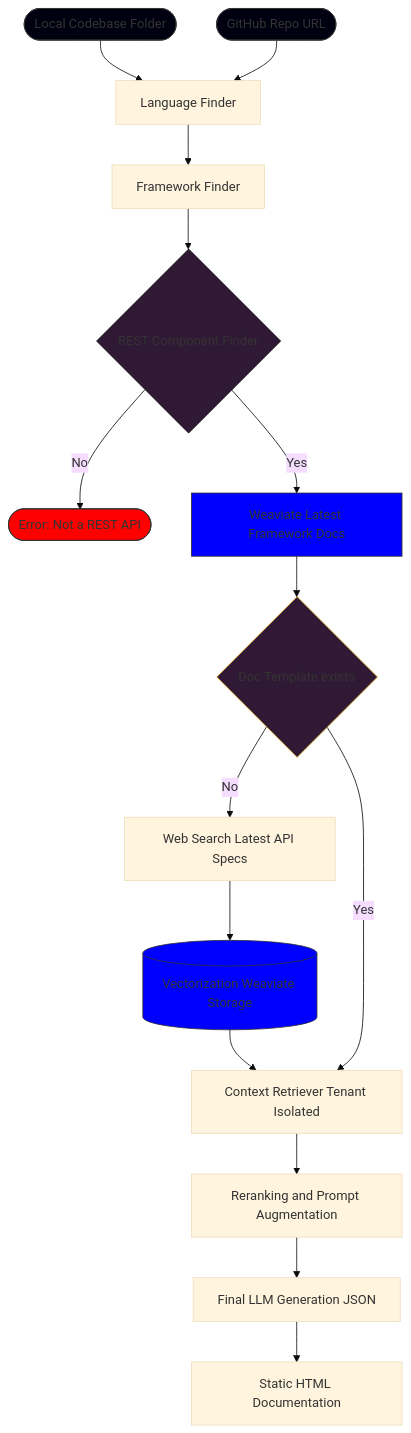
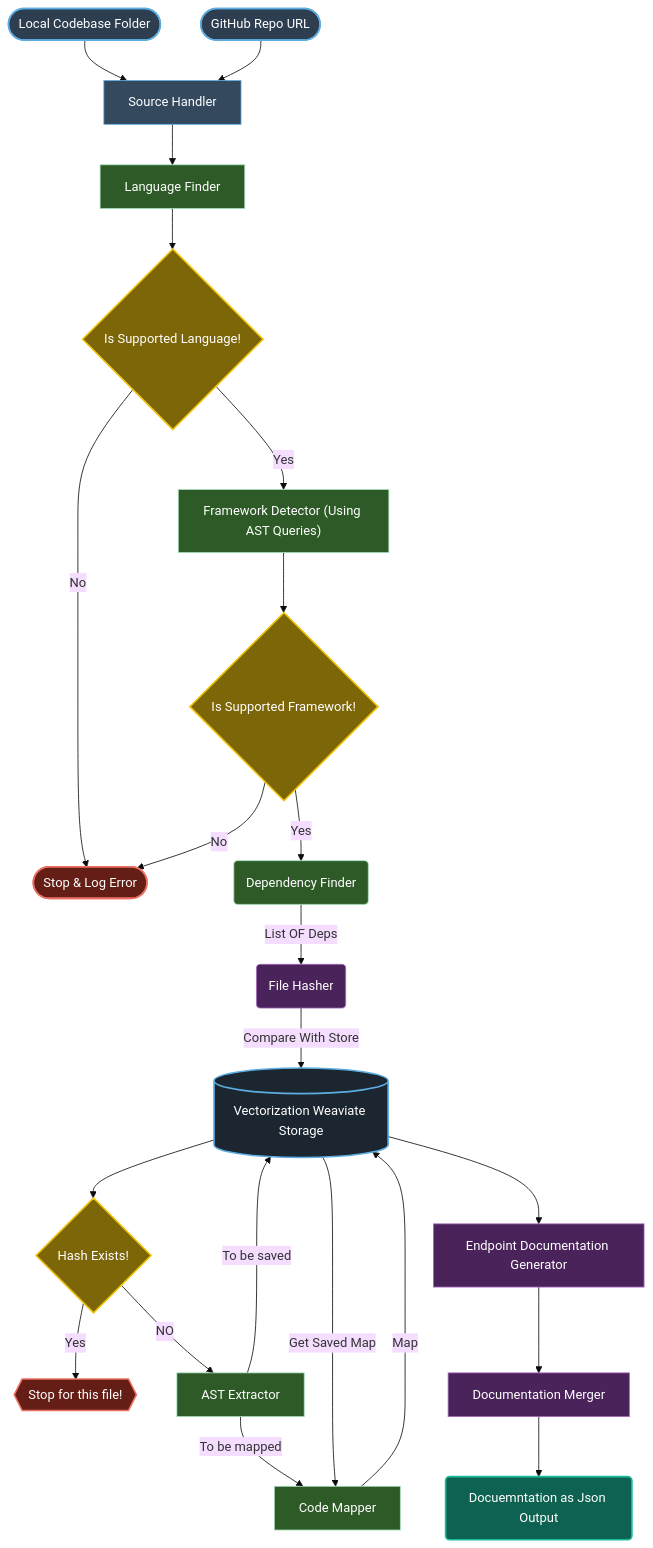
The diagram in README.md (DocGen-io/DocGen-RAG), drawn with Mermaid (base theme) before and after one commit.

Commit message:
Update README.md
Update Project's State chart to a more detailed one.

````diff
--- a/README.md
+++ b/README.md
@@ -100,59 +100,101 @@
 ```mermaid
 graph TD
+
+    %% Compare
+    SL{"Is Supported Language!"}
+    SF{"Is Supported Framework!"}
+    HE{"Hash Exists!"}
+    
+    %% Stop
+    SFF{{"Stop for this file!"}}
+   %% Stop(["Error: Not a REST API"])
+
+
+    %% Error
+    Error(["Stop & Log Error"])
+
+
     %%  Input Sources
     Input1(["Local Codebase Folder"])
     Input2(["GitHub Repo URL"])
+
+    SH["Source Handler"]
+    %% 2-3. Processing
+    LF["Language Finder"]
+    FD["Framework Detector (Using AST Queries)"]
+    DF("Dependency Finder")
+    FH("File Hasher")
+    DS[(" Vectorization Weaviate Storage")]
+    AST["AST Extractor"]
+    CM["Code Mapper"]
+    EGR["Endpoint Documentation Generator"]
+    DM["Documentation Merger"]
+
+
+    Output("Docuemntation as Json Output")
+
+ 
     
-    %% 2-3. Processing
-    LF[" Language Finder"]
-    FF[" Framework Finder"]
-    
-    %%  Decision Logic
-    RF{"REST Component Finder"}
-    Stop(["Error: Not a REST API"])
-    
-    %%  Vectorization
-    SaveLatest[(" Vectorization Weaviate Storage")]
-    
-    %% 8-9. Documentation Logic
-    CheckDB{" Doc Template exists"}
-    WebSearch[" Web Search Latest API Specs"]
-    VEC[" Weaviate Latest Framework Docs"]
-    
-    %% 10-13. Retrieval and Generation
-    Retriever[" Context Retriever Tenant Isolated"]
-    Rerank[" Reranking and Prompt Augmentation"]
-    LLM[" Final LLM Generation JSON"]
-    HTML[" Static HTML Documentation"]
+   
+
 
     %% Connections
-    Input1 --> LF
-    Input2 --> LF
-    LF --> FF
-    FF --> RF
+    Input1 --> SH
+    Input2 --> SH
+    SH --> LF
+    LF --> SL
+    SL -- No --> Error
+    SL -- Yes --> FD
+    FD --> SF
+    SF -- No --> Error
+    SF -- Yes --> DF
+    DF -- List OF Deps --> FH
+    FH -- Compare With Store --> DS
+    DS --> HE
+    HE -- Yes --> SFF
+    HE -- NO --> AST
+    AST -- To be mapped --> CM
+    AST -- To be saved --> DS
+    CM -- Map --> DS
+    DS -- Get Saved Map --> CM
+    DS --> EGR
+    EGR --> DM
+    DM --> Output
+
+
+      
+  %% Inputs: Deep Navy/Slate
+  style Input1 fill:#2c3e50,stroke:#5dade2,stroke-width:2px,color:#fff
+  style Input2 fill:#2c3e50,stroke:#5dade2,stroke-width:2px,color:#fff
+  style SH     fill:#34495e,stroke:#5dade2,stroke-width:1px,color:#fff
+
+  %% Logic/Analyzers: Sage/Forest
+  style LF     fill:#2d5a27,stroke:#a9dfbf,stroke-width:1px,color:#fff
+  style FD     fill:#2d5a27,stroke:#a9dfbf,stroke-width:1px,color:#fff
+  style DF     fill:#2d5a27,stroke:#a9dfbf,stroke-width:1px,color:#fff
+  style AST    fill:#2d5a27,stroke:#a9dfbf,stroke-width:1px,color:#fff
+  style CM     fill:#2d5a27,stroke:#a9dfbf,stroke-width:1px,color:#fff
+
+  %% Decisions: Muted Amber/Gold (High visibility for logic gates)
+  style SL     fill:#7d6608,stroke:#f1c40f,stroke-width:2px,color:#fff
+  style SF     fill:#7d6608,stroke:#f1c40f,stroke-width:2px,color:#fff
+  style HE     fill:#7d6608,stroke:#f1c40f,stroke-width:2px,color:#fff
+
+  %% Processing/Storage: Deep Purple/Indigo
+  style FH     fill:#4a235a,stroke:#a569bd,stroke-width:1px,color:#fff
+  style DS     fill:#1b2631,stroke:#5dade2,stroke-width:2px,color:#fff
+  style EGR    fill:#4a235a,stroke:#a569bd,stroke-width:1px,color:#fff
+  style DM     fill:#4a235a,stroke:#a569bd,stroke-width:1px,color:#fff
+
+  %% Errors & Stops: Muted Crimson
+  style SFF    fill:#641e16,stroke:#ec7063,stroke-width:2px,color:#fff
+  style Error  fill:#641e16,stroke:#ec7063,stroke-width:2px,color:#fff
+
+ style Output fill:#0e6251,stroke:#1abc9c,stroke-width:2px,color:#fff
     
-    RF -- No --> Stop
-    RF -- Yes --> VEC
     
-    VEC --> CheckDB
-    
-    CheckDB -- No --> WebSearch
-    WebSearch --> SaveLatest
-    SaveLatest --> Retriever
-    
-    CheckDB -- Yes --> Retriever
-    
-    Retriever --> Rerank
-    Rerank --> LLM
-    LLM --> HTML
+  
 
-    %% Styling
-    style Stop fill:#ff0000,stroke:#333
-    style VEC fill:#0000ff,stroke:#333
-    style SaveLatest fill:#0000ff,stroke:#333
-    style RF fill:#301934,stroke:#000
-    style CheckDB fill:#301934,stroke:#d4a017
-    style Input1 fill:#001,stroke:#333
-    style Input2 fill:#001,stroke:#333
+
 
 ```
````
